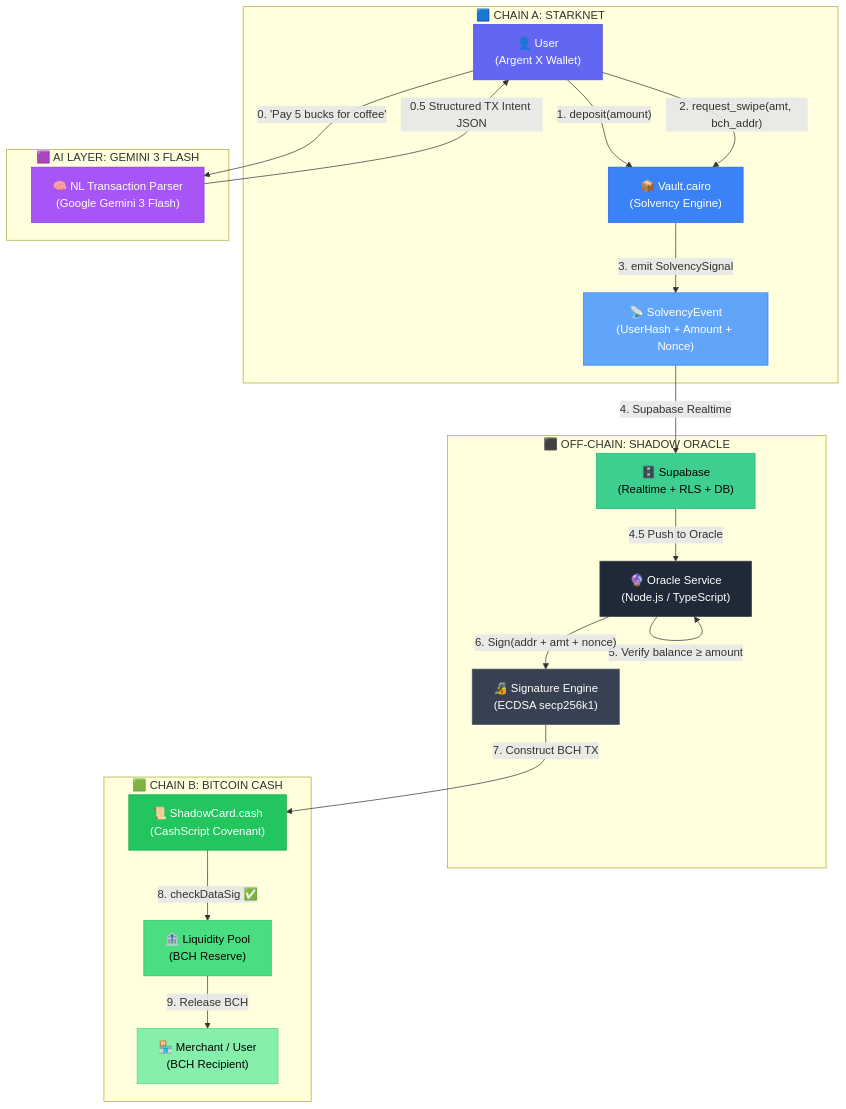
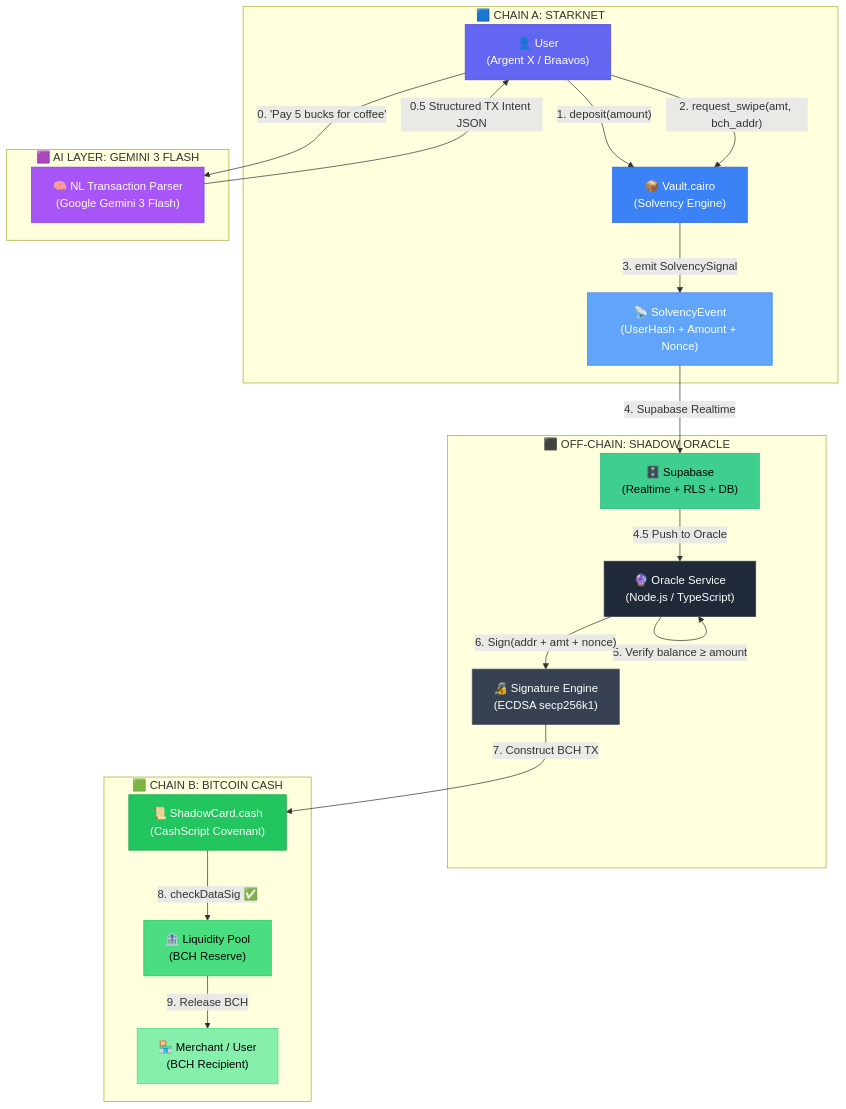
The first of 5 diagrams in ARCHITECTURE.md (Rasslonely/Zero---Gravity), drawn with Mermaid before and after one commit. The commit also changed other lines of this file and 6 other files, not shown here.

````diff
--- a/ARCHITECTURE.md
+++ b/ARCHITECTURE.md
@@ -52,48 +52,48 @@
 ```mermaid
 graph TD
     subgraph "🟦 CHAIN A: STARKNET"
-        U["👤 User<br/>(Argent X Wallet)"]
+        U["👤 User<br/>(Argent X / Braavos)"]
         V["📦 Vault.cairo<br/>(Solvency Engine)"]
         E["📡 SolvencyEvent<br/>(UserHash + Amount + Nonce)"]
     end
 
     subgraph "🟪 AI LAYER: GEMINI 3 FLASH"
         NL["🧠 NL Transaction Parser<br/>(Google Gemini 3 Flash)"]
     end
 
     subgraph "⬛ OFF-CHAIN: SHADOW ORACLE"
         SB["🗄️ Supabase<br/>(Realtime + RLS + DB)"]
         O["🔮 Oracle Service<br/>(Node.js / TypeScript)"]
         SIG["🔏 Signature Engine<br/>(ECDSA secp256k1)"]
     end
 
     subgraph "🟩 CHAIN B: BITCOIN CASH"
         SC["📜 ShadowCard.cash<br/>(CashScript Covenant)"]
         LP["🏦 Liquidity Pool<br/>(BCH Reserve)"]
         M["🏪 Merchant / User<br/>(BCH Recipient)"]
     end
 
     U -->|"0. 'Pay 5 bucks for coffee'"| NL
     NL -->|"0.5 Structured TX Intent JSON"| U
     U -->|"1. deposit(amount)"| V
     U -->|"2. request_swipe(amt, bch_addr)"| V
     V -->|"3. emit SolvencySignal"| E
     E -->|"4. Supabase Realtime"| SB
     SB -->|"4.5 Push to Oracle"| O
     O -->|"5. Verify balance ≥ amount"| O
     O -->|"6. Sign(addr + amt + nonce)"| SIG
     SIG -->|"7. Construct BCH TX"| SC
     SC -->|"8. checkDataSig ✅"| LP
     LP -->|"9. Release BCH"| M
 
     style U fill:#6366f1,stroke:#4f46e5,color:#fff
     style V fill:#3b82f6,stroke:#2563eb,color:#fff
     style E fill:#60a5fa,stroke:#3b82f6,color:#fff
     style NL fill:#a855f7,stroke:#7c3aed,color:#fff
     style SB fill:#3ecf8e,stroke:#24b47e,color:#000
     style O fill:#1f2937,stroke:#374151,color:#fff
     style SIG fill:#374151,stroke:#4b5563,color:#fff
     style SC fill:#22c55e,stroke:#16a34a,color:#fff
     style LP fill:#4ade80,stroke:#22c55e,color:#000
     style M fill:#86efac,stroke:#4ade80,color:#000
 ```
````
